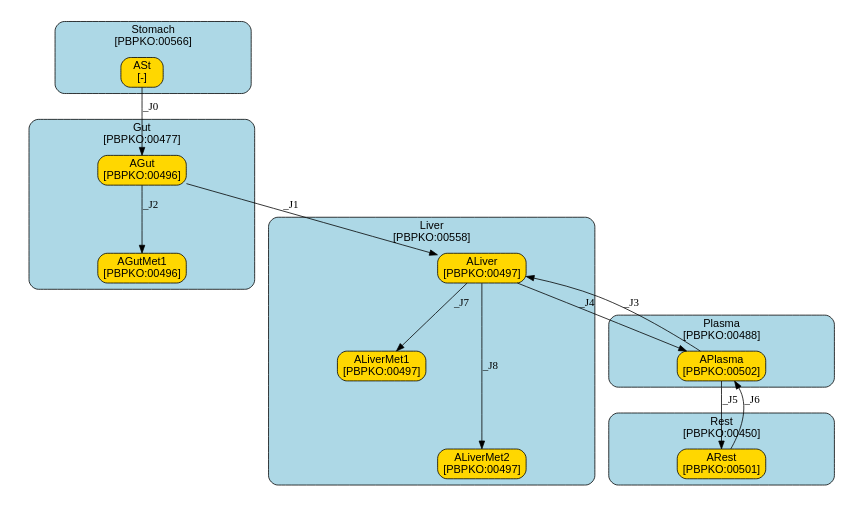
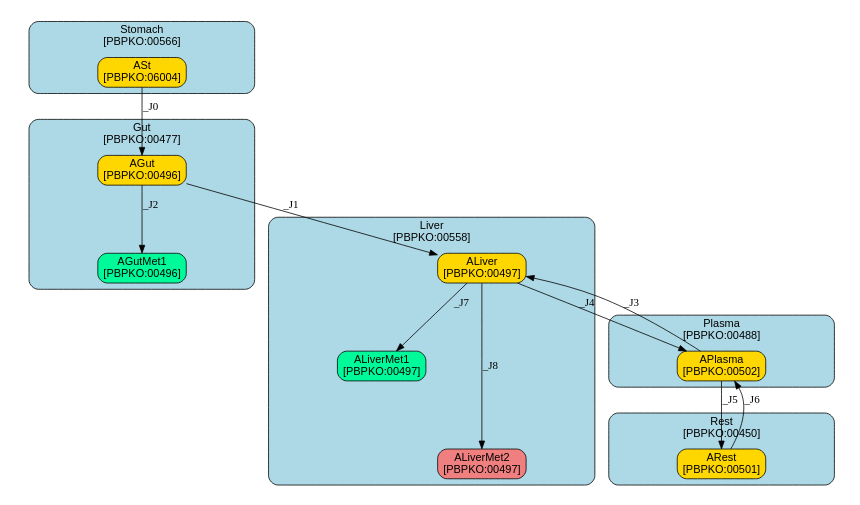
The diagram in models/oral/Bisphenols/Deepika/summary.dot (fair-pbk/exposure-route-pbk-models), drawn with Graphviz before and after one commit. The commit also changed 151 other files, not shown here.

```diff
--- a/models/oral/Bisphenols/Deepika/summary.dot
+++ b/models/oral/Bisphenols/Deepika/summary.dot
@@ -1,130 +1,130 @@
 digraph {
 	graph [ratio=fill,
 		size="7,4"
 	];
 	node [fontname=Arial];
 	subgraph cluster_Stomach {
 		graph [color=black,
 			fillcolor=lightblue,
 			fontname=Arial,
 			href="#compartment-Stomach",
 			label="Stomach
 [PBPKO:00566]",
 			shape=box,
 			style="filled,rounded"
 		];
 		ASt	[color=black,
 			fillcolor=gold,
 			href="#species-ASt",
 			label="ASt
-[-]",
+[PBPKO:06004]",
 			shape=box,
 			style="filled,rounded"];
 	}
 	subgraph cluster_Liver {
 		graph [color=black,
 			fillcolor=lightblue,
 			fontname=Arial,
 			href="#compartment-Liver",
 			label="Liver
 [PBPKO:00558]",
 			shape=box,
 			style="filled,rounded"
 		];
 		ALiver	[color=black,
 			fillcolor=gold,
 			href="#species-ALiver",
 			label="ALiver
 [PBPKO:00497]",
 			shape=box,
 			style="filled,rounded"];
 		ALiverMet1	[color=black,
-			fillcolor=gold,
+			fillcolor=mediumspringgreen,
 			href="#species-ALiverMet1",
 			label="ALiverMet1
 [PBPKO:00497]",
 			shape=box,
 			style="filled,rounded"];
 		ALiverMet2	[color=black,
-			fillcolor=gold,
+			fillcolor=lightcoral,
 			href="#species-ALiverMet2",
 			label="ALiverMet2
 [PBPKO:00497]",
 			shape=box,
 			style="filled,rounded"];
 	}
 	subgraph cluster_Plasma {
 		graph [color=black,
 			fillcolor=lightblue,
 			fontname=Arial,
 			href="#compartment-Plasma",
 			label="Plasma
 [PBPKO:00488]",
 			shape=box,
 			style="filled,rounded"
 		];
 		APlasma	[color=black,
 			fillcolor=gold,
 			href="#species-APlasma",
 			label="APlasma
 [PBPKO:00502]",
 			shape=box,
 			style="filled,rounded"];
 	}
 	subgraph cluster_Gut {
 		graph [color=black,
 			fillcolor=lightblue,
 			fontname=Arial,
 			href="#compartment-Gut",
 			label="Gut
 [PBPKO:00477]",
 			shape=box,
 			style="filled,rounded"
 		];
 		AGut	[color=black,
 			fillcolor=gold,
 			href="#species-AGut",
 			label="AGut
 [PBPKO:00496]",
 			shape=box,
 			style="filled,rounded"];
 		AGutMet1	[color=black,
-			fillcolor=gold,
+			fillcolor=mediumspringgreen,
 			href="#species-AGutMet1",
 			label="AGutMet1
 [PBPKO:00496]",
 			shape=box,
 			style="filled,rounded"];
 	}
 	subgraph cluster_Rest {
 		graph [color=black,
 			fillcolor=lightblue,
 			fontname=Arial,
 			href="#compartment-Rest",
 			label="Rest
 [PBPKO:00450]",
 			shape=box,
 			style="filled,rounded"
 		];
 		ARest	[color=black,
 			fillcolor=gold,
 			href="#species-ARest",
 			label="ARest
 [PBPKO:00501]",
 			shape=box,
 			style="filled,rounded"];
 	}
 	ASt -> AGut	[label=_J0,
 		minlen=1];
 	ALiver -> ALiverMet1	[label=_J7,
 		minlen=1];
 	ALiver -> ALiverMet2	[label=_J8,
 		minlen=2];
 	ALiver -> APlasma	[label=_J4];
 	APlasma -> ALiver	[label=_J3];
 	APlasma -> ARest	[label=_J5];
 	AGut -> ALiver	[label=_J1];
 	AGut -> AGutMet1	[label=_J2,
 		minlen=1];
 	ARest -> APlasma	[label=_J6];
 }
```
